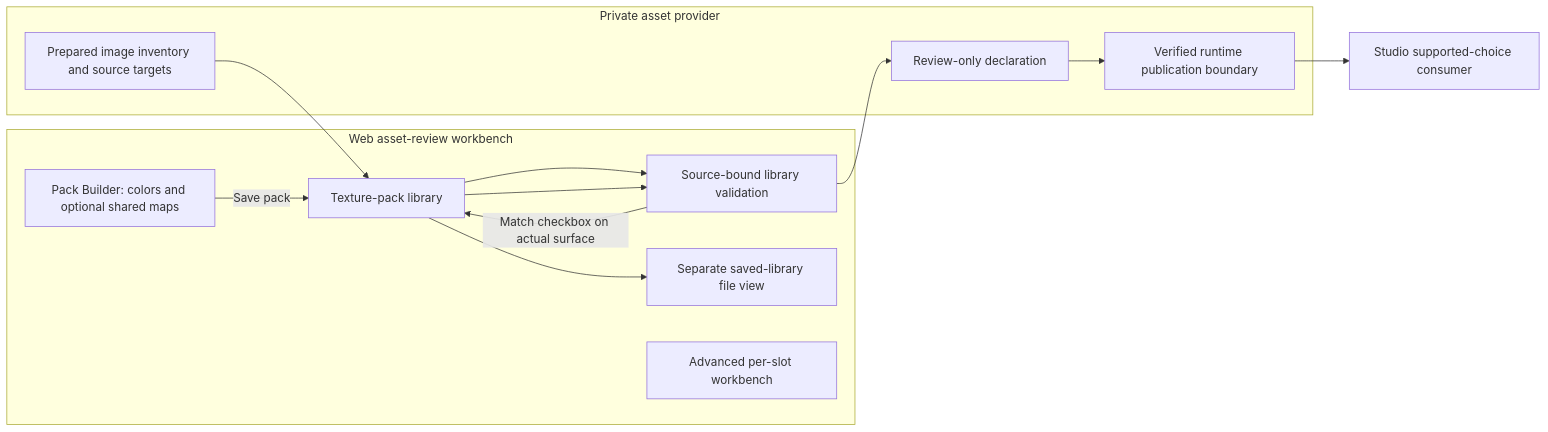
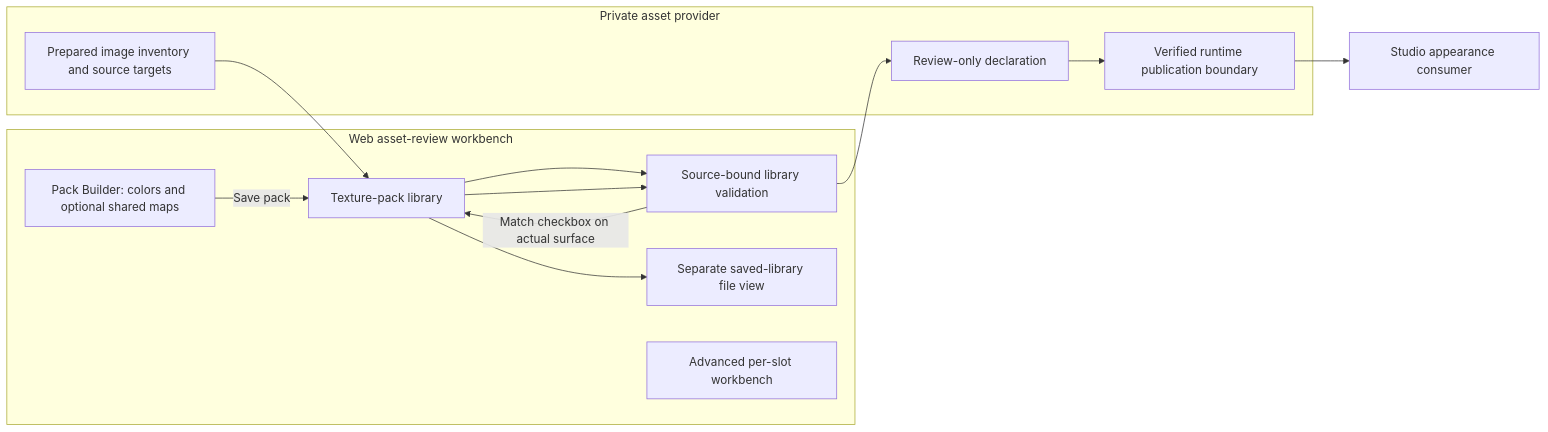
The diagram in ideas/assets/pack-material-profiles/library-design.md (KirkDiggler/rpg-project), drawn with Mermaid before and after one commit. The commit also changed other lines of this file and 3 other files, not shown here.

````diff
--- a/ideas/assets/pack-material-profiles/library-design.md
+++ b/ideas/assets/pack-material-profiles/library-design.md
@@ -5,17 +5,17 @@
 ```mermaid
 flowchart LR
   subgraph Web[Web asset-review workbench]
     B[Pack Builder: colors and optional shared maps] -->|Save pack| L[Texture-pack library]
     L --> V[Asset Viewer: pack and choice preview]
     V -->|Match checkbox on actual surface| L
     L --> F[Separate saved-library file view]
     W[Advanced per-slot workbench]
   end
   subgraph Assets[Private asset provider]
     I[Prepared image inventory and source targets] --> L
     L --> V[Source-bound library validation]
     V --> D[Review-only declaration]
     D --> R[Verified runtime publication boundary]
   end
-  R --> S[Studio supported-choice consumer]
+  R --> S[Studio appearance consumer]
 ```
````
